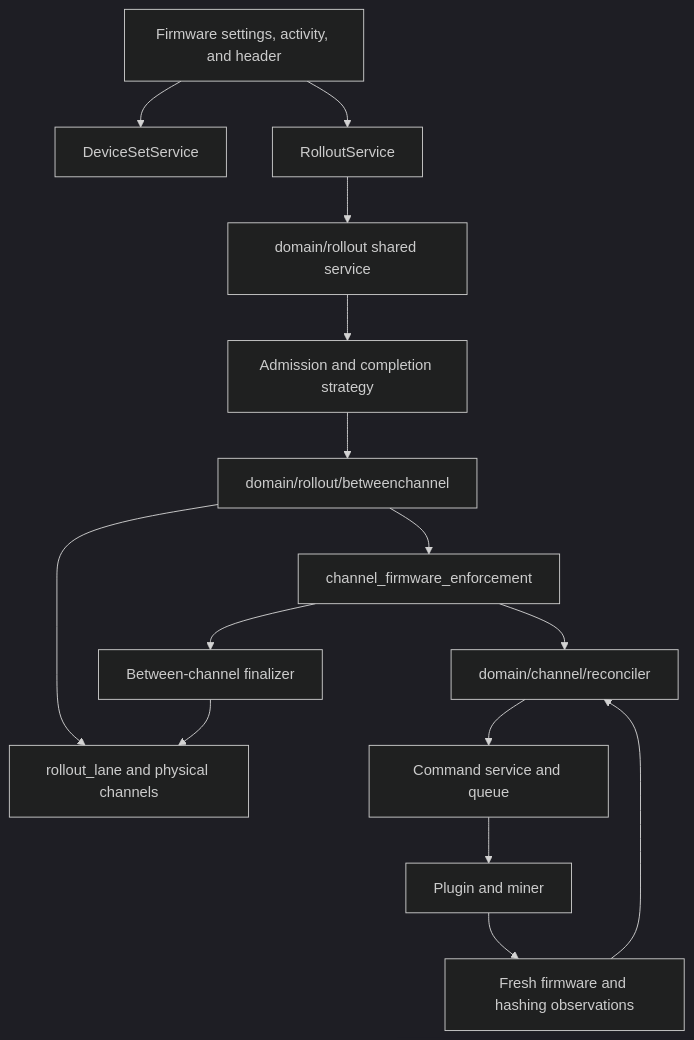
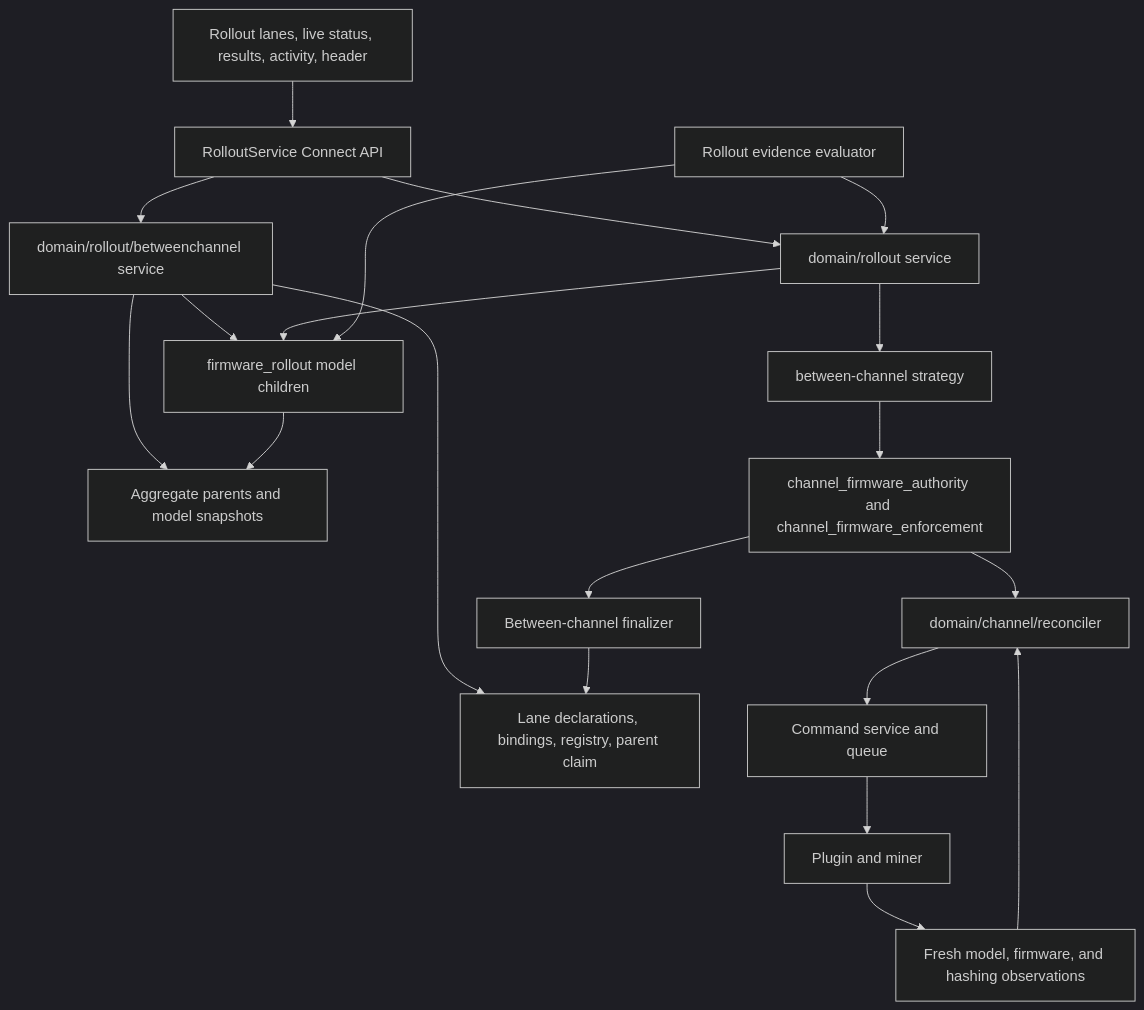
Before and after one commit to block/proto-fleet: the first of 3 diagrams in docs/plans/2026-08-12-software-channels-tdd.md, drawn with Mermaid (dark theme). The commit also changed other lines of this file and 144 other files, not shown here.

First line of the commit message:
feat(rollout): support independent multi-model channels

````diff
--- a/docs/plans/2026-08-12-software-channels-tdd.md
+++ b/docs/plans/2026-08-12-software-channels-tdd.md
@@ -283,31 +289,38 @@
 ```mermaid
-flowchart TD
-    UI["Firmware settings, activity, and header"]
-    DS["DeviceSetService"]
-    RS["RolloutService"]
-    GENERIC["domain/rollout shared service"]
-    STRATEGY["Admission and completion strategy"]
-    BETWEEN["domain/rollout/betweenchannel"]
-    LANE["rollout_lane and physical channels"]
-    ROWS["channel_firmware_enforcement"]
+flowchart TB
+    UI["Rollout lanes, live status, results, activity, header"]
+    API["RolloutService Connect API"]
+    LANE_SERVICE["domain/rollout/betweenchannel service"]
+    GENERIC["domain/rollout service"]
+    STRATEGY["between-channel strategy"]
+    TOPOLOGY["Lane declarations, bindings, registry, parent claim"]
+    GROUPS["Aggregate parents and model snapshots"]
+    CHILDREN["firmware_rollout model children"]
+    ENFORCEMENT["channel_firmware_authority and channel_firmware_enforcement"]
     RECONCILER["domain/channel/reconciler"]
     COMMAND["Command service and queue"]
     MINER["Plugin and miner"]
-    TELEMETRY["Fresh firmware and hashing observations"]
+    OBSERVATIONS["Fresh model, firmware, and hashing observations"]
     FINALIZER["Between-channel finalizer"]
+    EVALUATOR["Rollout evidence evaluator"]
 
-    UI --> DS
-    UI --> RS
-    RS --> GENERIC
+    UI --> API
+    API --> LANE_SERVICE
+    API --> GENERIC
+    LANE_SERVICE --> TOPOLOGY
+    LANE_SERVICE --> GROUPS
+    LANE_SERVICE --> CHILDREN
+    GENERIC --> CHILDREN
     GENERIC --> STRATEGY
-    STRATEGY --> BETWEEN
-    BETWEEN --> LANE
-    BETWEEN --> ROWS
-    ROWS --> RECONCILER
+    STRATEGY --> ENFORCEMENT
+    ENFORCEMENT --> RECONCILER
     RECONCILER --> COMMAND
     COMMAND --> MINER
-    MINER --> TELEMETRY
-    TELEMETRY --> RECONCILER
-    ROWS --> FINALIZER
-    FINALIZER --> LANE
+    MINER --> OBSERVATIONS
+    OBSERVATIONS --> RECONCILER
+    ENFORCEMENT --> FINALIZER
+    FINALIZER --> TOPOLOGY
+    EVALUATOR --> CHILDREN
+    EVALUATOR --> GENERIC
+    CHILDREN --> GROUPS
 ```
````
